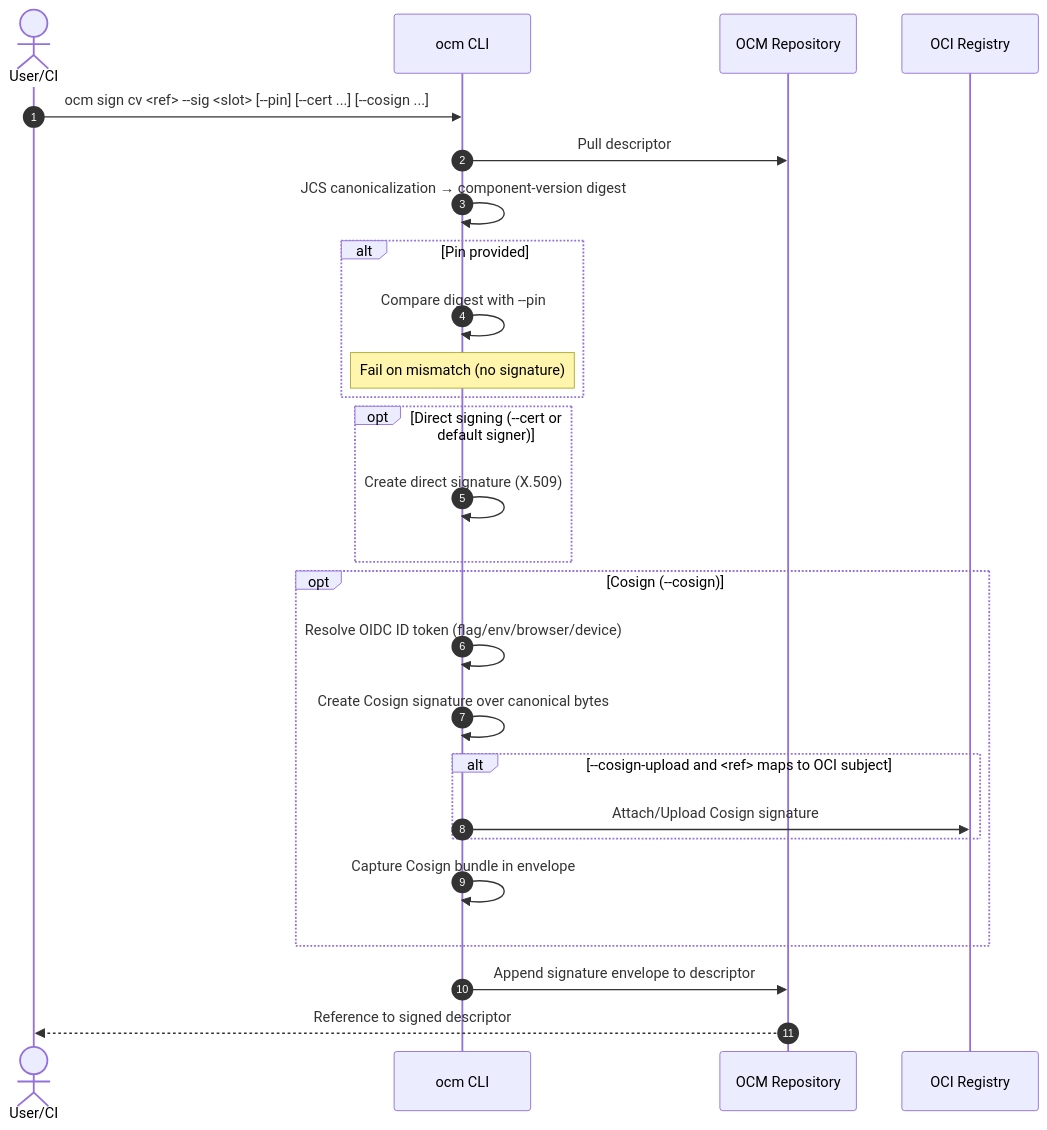
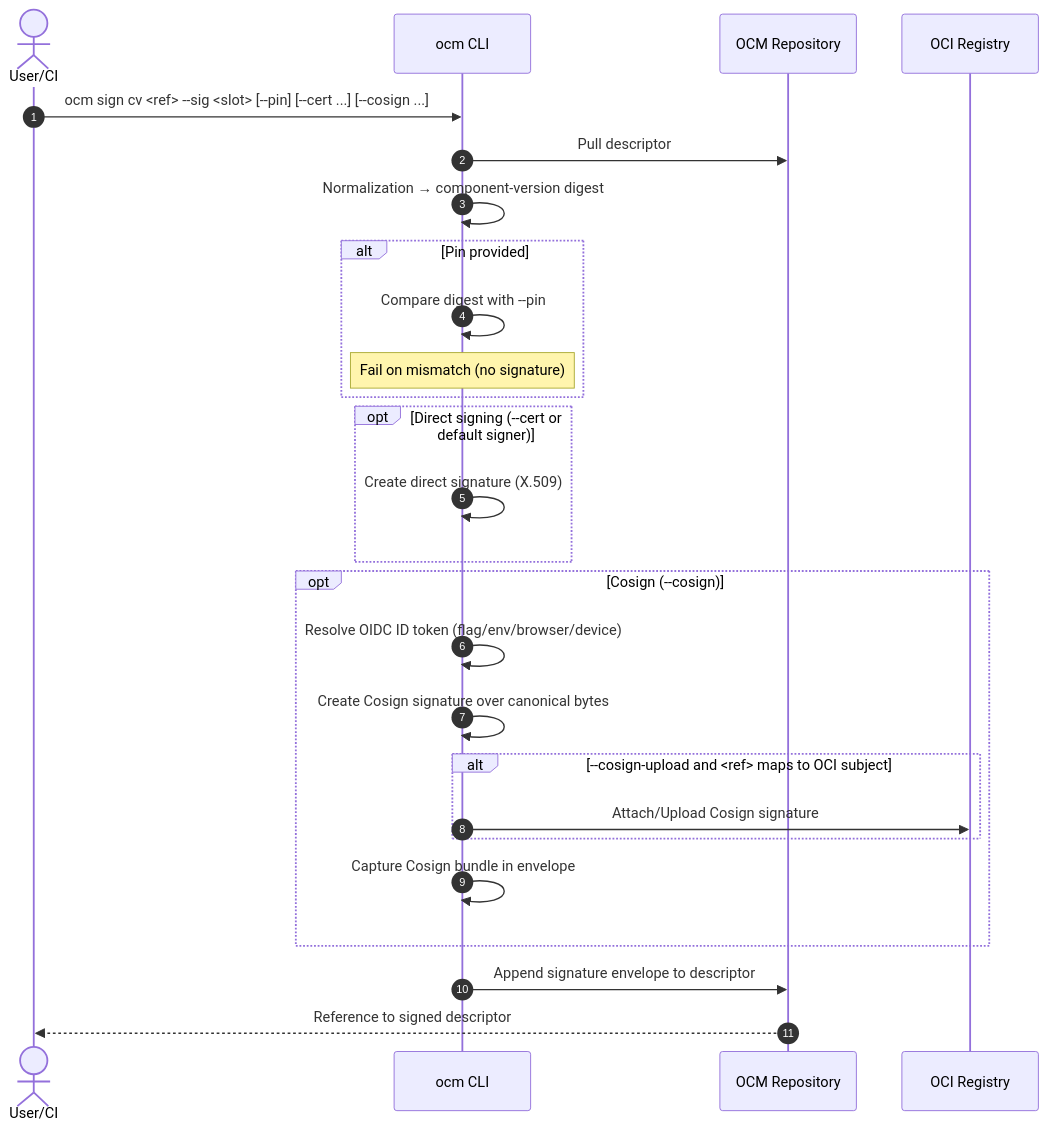
The second of 2 diagrams in docs/adr/0008_signing_verification.md (open-component-model/open-component-model), drawn with Mermaid before and after one commit. The commit also changed other lines of this file, not shown here.

First line of the commit message:
chore: remove digest details - that's part of another adr

````diff
--- a/docs/adr/0008_signing_verification.md
+++ b/docs/adr/0008_signing_verification.md
@@ -326,29 +319,29 @@
 ```mermaid
 sequenceDiagram
   autonumber
   actor U as User/CI
   participant C as ocm CLI
   participant R as OCM Repository
   participant O as OCI Registry
 
   U->>C: ocm sign cv <ref> --sig <slot> [--pin] [--cert ...] [--cosign ...]
   C->>R: Pull descriptor
-  C->>C: JCS canonicalization → component-version digest
+  C->>C: Normalization → component-version digest
   alt Pin provided
     C->>C: Compare digest with --pin
     note over C: Fail on mismatch (no signature)
   end
   opt Direct signing (--cert or default signer)
     C->>C: Create direct signature (X.509)
   end
   opt Cosign (--cosign)
     C->>C: Resolve OIDC ID token (flag/env/browser/device)
     C->>C: Create Cosign signature over canonical bytes
     alt --cosign-upload and <ref> maps to OCI subject
       C->>O: Attach/Upload Cosign signature
     end
     C->>C: Capture Cosign bundle in envelope
   end
   C->>R: Append signature envelope to descriptor
   R-->>U: Reference to signed descriptor
 ```
````
